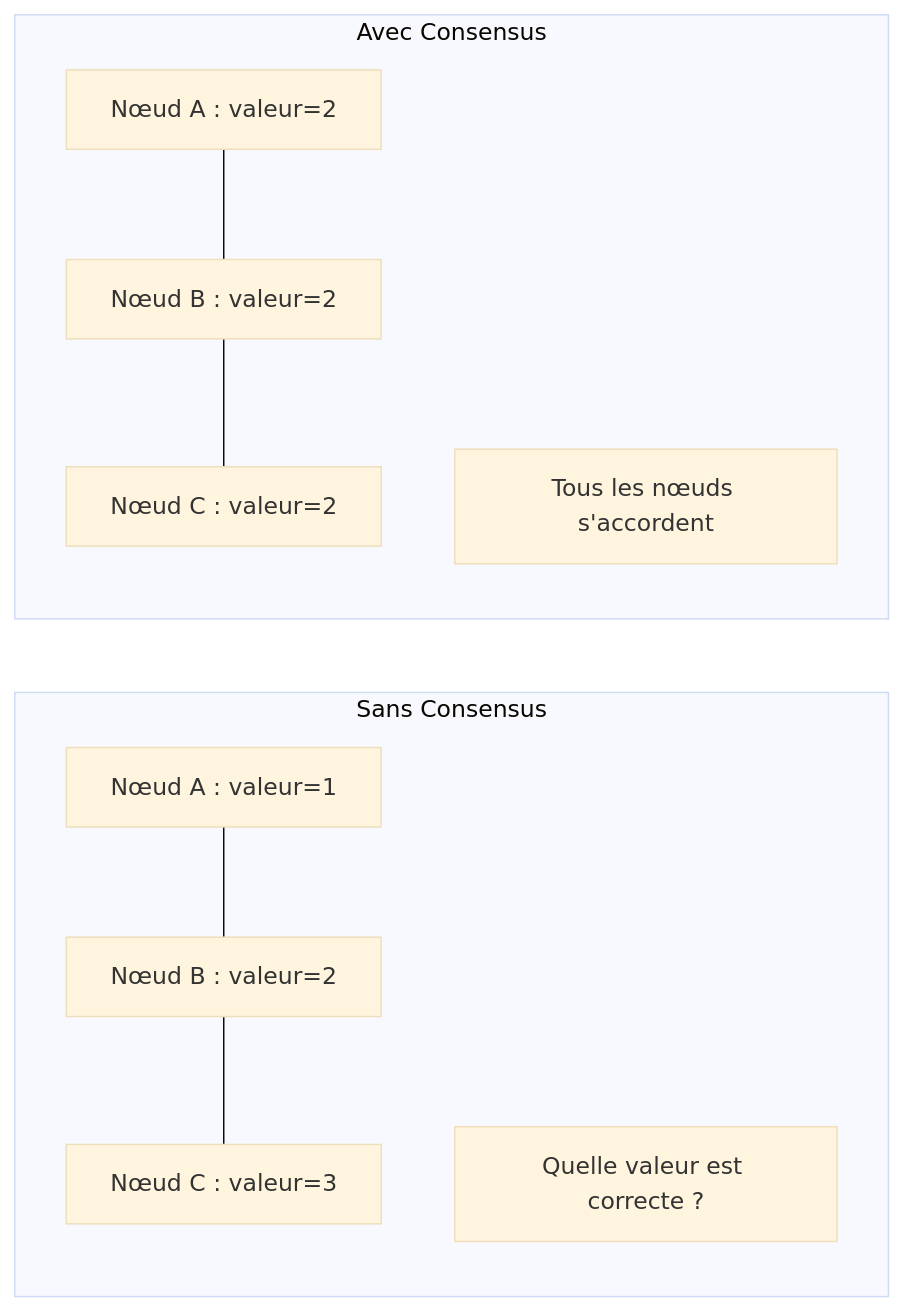
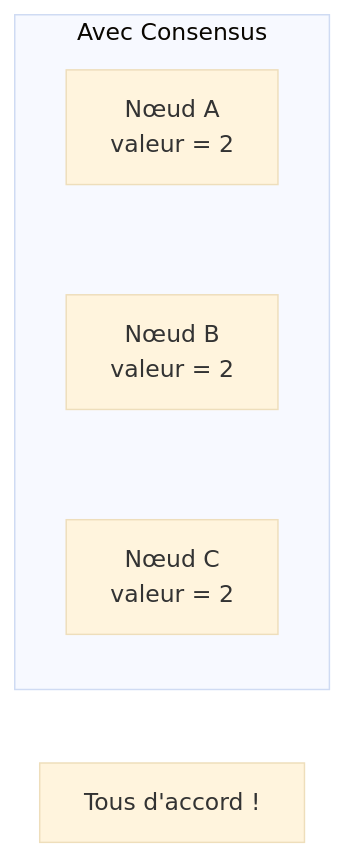
The second of 6 diagrams in src/consensus/11-what-is-consensus.md (dardourimohamed/distributed-systems-course), drawn with Mermaid (base theme) before and after one commit. The commit also changed other lines of this file and 48 other files, not shown here.

````diff
--- a/src/consensus/11-what-is-consensus.md
+++ b/src/consensus/11-what-is-consensus.md
@@ -34,18 +40,10 @@
 ```mermaid
 graph LR
-    subgraph "Sans Consensus"
-        N1[Nœud A : valeur=1]
-        N2[Nœud B : valeur=2]
-        N3[Nœud C : valeur=3]
-        N1 --- N2 --- N3
-        Problem[Quelle valeur est correcte ?]
+    subgraph "Avec Consensus"
+        A1["Nœud A<br/>valeur = 2"]
+        A2["Nœud B<br/>valeur = 2"]
+        A3["Nœud C<br/>valeur = 2"]
     end
-
-    subgraph "Avec Consensus"
-        A1[Nœud A : valeur=2]
-        A2[Nœud B : valeur=2]
-        A3[Nœud C : valeur=2]
-        A1 --- A2 --- A3
-        Solved[Tous les nœuds s'accordent]
-    end
+    A1 ~~~ A2 ~~~ A3
+    Solved["Tous d'accord !"]
 ```
````
